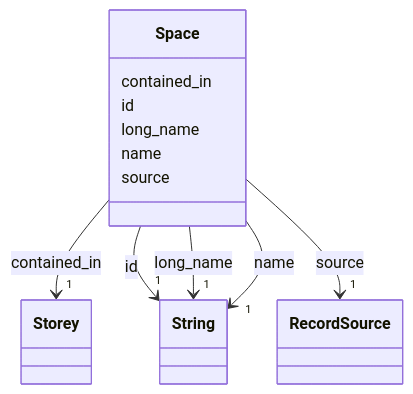
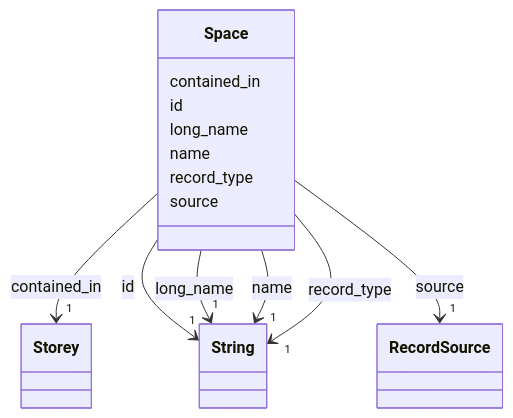
Before and after one commit to maikeljsb/rcpc-schema: the diagram in docs/model/product/Space.md, drawn with Mermaid. The commit also changed other lines of this file and 41 other files, not shown here.

````diff
--- a/docs/model/product/Space.md
+++ b/docs/model/product/Space.md
@@ -23,61 +23,72 @@
 ```mermaid
  classDiagram
     class Space
     click Space href "../Space/"
       Space : contained_in
         
           
     
         
         
         Space --> "1" Storey : contained_in
         click Storey href "../Storey/"
     
 
         
       Space : id
         
           
     
         
         
         Space --> "1" String : id
         click String href "../http://www.w3.org/2001/XMLSchema#string/"
     
 
         
       Space : long_name
         
           
     
         
         
         Space --> "1" String : long_name
         click String href "../http://www.w3.org/2001/XMLSchema#string/"
     
 
         
       Space : name
         
           
     
         
         
         Space --> "1" String : name
         click String href "../http://www.w3.org/2001/XMLSchema#string/"
     
 
         
+      Space : record_type
+        
+          
+    
+        
+        
+        Space --> "1" String : record_type
+        click String href "../http://www.w3.org/2001/XMLSchema#string/"
+    
+
+        
       Space : source
         
           
     
         
         
         Space --> "1" RecordSource : source
         click RecordSource href "../RecordSource/"
     
 
         
       
 ```
````
